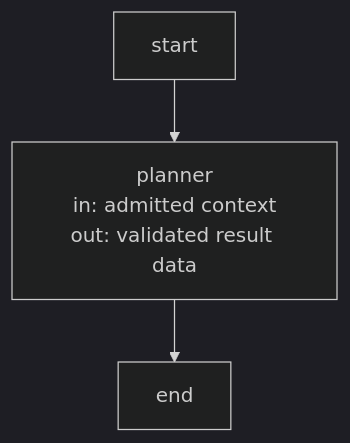
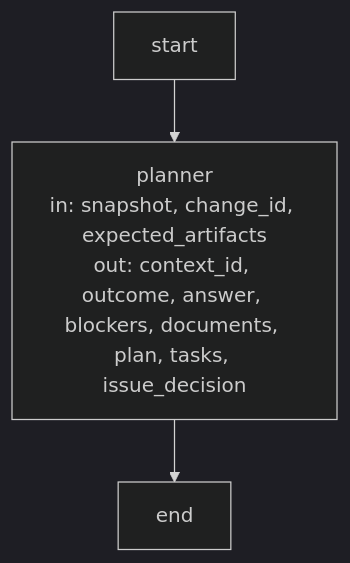
The first of 2 diagrams in specs/concorde/harness/execution-reference.md (FTOD/concorde), drawn with Mermaid (dark theme) before and after one commit. The commit also changed other lines of this file and 10 other files, not shown here.

Commit message:
docs: clarify LangGraph state and routing in operation diagrams

````diff
--- a/specs/concorde/harness/execution-reference.md
+++ b/specs/concorde/harness/execution-reference.md
@@ -819,11 +842,11 @@
 ```mermaid
 flowchart TB
     %% graph: operation_node
     accTitle: Operation node
     accDescr: One worker invocation: the admitted typed context enters, the launcher runs the Pi worker, and the validated typed result leaves.
     __start__["start"]
-    planner["planner<br/>in: admitted context<br/>out: validated result data"]
+    planner["planner<br/>in: snapshot, change_id, expected_artifacts<br/>out: context_id, outcome, answer, blockers, documents, plan, tasks, issue_decision"]
     __end__["end"]
     __start__ --> planner
     planner --> __end__
 ```
````
